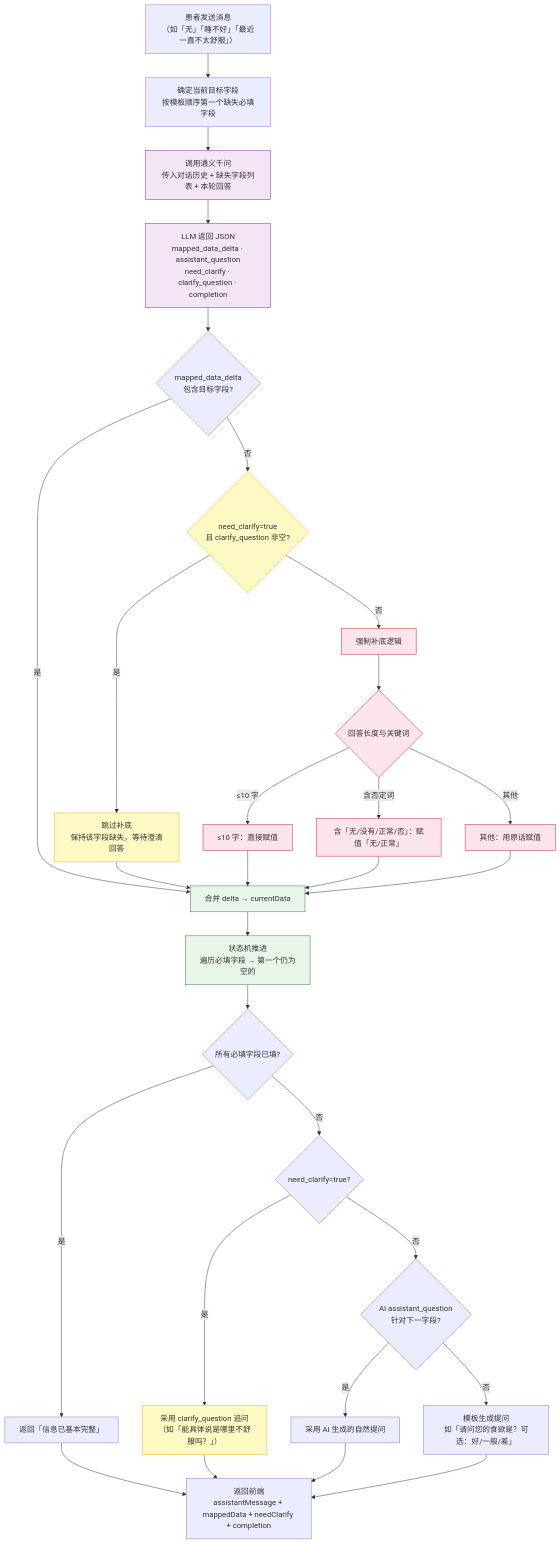
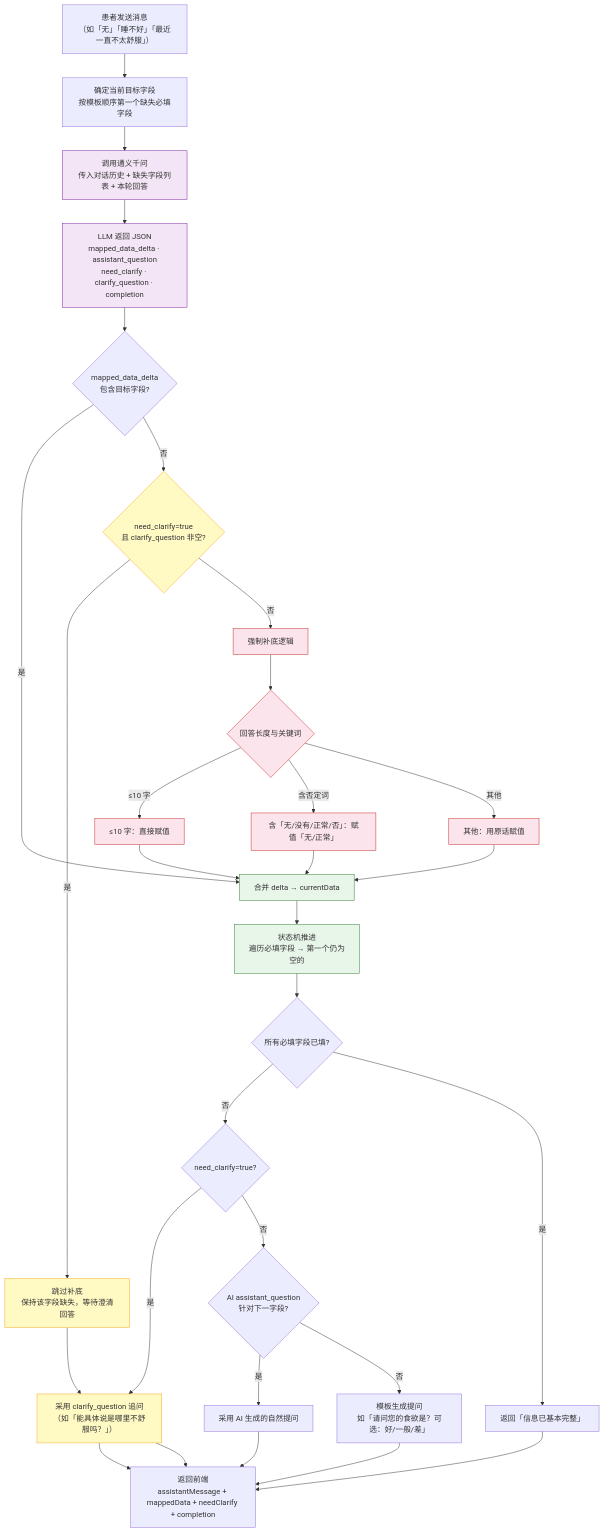
Before and after one commit to Axi-code/structured-clinical-assessment-tool-system: the fourth of 10 diagrams in docs/core-data-flows.md, drawn with Mermaid. The commit also changed other lines of this file and 1 other file, not shown here.

Commit message:
README新增流程图

````diff
--- a/docs/core-data-flows.md
+++ b/docs/core-data-flows.md
@@ -151,50 +151,50 @@
 ```mermaid
 flowchart TD
     A["患者发送消息\n（如「无」「睡不好」「最近一直不太舒服」）"]
     B["确定当前目标字段\n按模板顺序第一个缺失必填字段"]
     C["调用通义千问\n传入对话历史 + 缺失字段列表 + 本轮回答"]
     D["LLM 返回 JSON\nmapped_data_delta · assistant_question\nneed_clarify · clarify_question · completion"]
     E{"mapped_data_delta\n包含目标字段?"}
     CL{"need_clarify=true\n且 clarify_question 非空?"}
     G["合并 delta → currentData"]
     F["强制补底逻辑"]
     F1{"回答长度与关键词"}
     F2["≤10 字：直接赋值"]
     F3["含「无/没有/正常/否」：赋值「无/正常」"]
     F4["其他：用原话赋值"]
     SK["跳过补底\n保持该字段缺失，等待澄清回答"]
     H["状态机推进\n遍历必填字段 → 第一个仍为空的"]
     I{"所有必填字段已填?"}
     J{"need_clarify=true?"}
     J2{"AI assistant_question\n针对下一字段?"}
     K["返回「信息已基本完整」"]
     L["采用 clarify_question 追问\n（如「能具体说是哪里不舒服吗？」）"]
     L2["采用 AI 生成的自然提问"]
     M["模板生成提问\n如「请问您的食欲是？可选：好/一般/差」"]
     N["返回前端\nassistantMessage + mappedData + needClarify + completion"]
 
     A --> B --> C --> D --> E
     E -->|是| G
     E -->|否| CL
-    CL -->|是| SK --> G
+    CL -->|是| SK --> L --> N
     CL -->|否| F --> F1
     F1 -->|≤10 字| F2 --> G
     F1 -->|含否定词| F3 --> G
     F1 -->|其他| F4 --> G
     G --> H --> I
     I -->|否| J
     I -->|是| K --> N
     J -->|是| L --> N
     J -->|否| J2
     J2 -->|是| L2 --> N
     J2 -->|否| M --> N
 
     classDef llm fill:#f3e5f5,stroke:#7b1fa2
     classDef clarify fill:#fff9c4,stroke:#f9a825
     classDef fallback fill:#fce4ec,stroke:#c62828
     classDef merge fill:#e8f5e9,stroke:#2e7d32
     class C,D llm
     class CL,L,SK clarify
     class F,F1,F2,F3,F4 fallback
     class G,H merge
 ```
````
